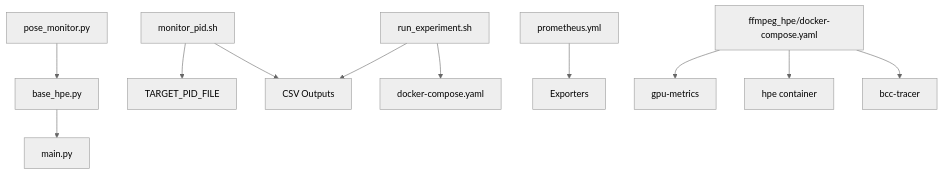
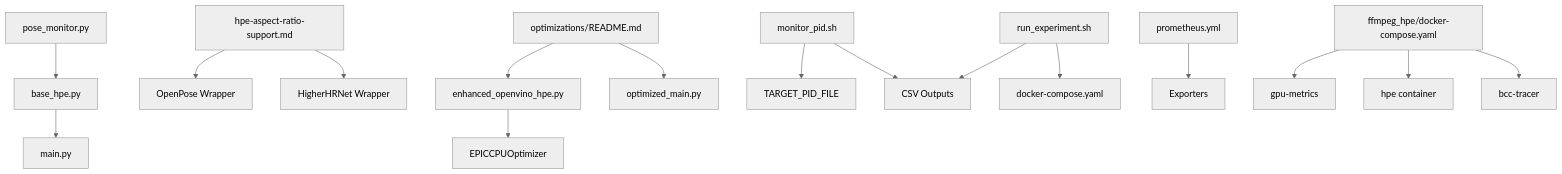
The ninth of 9 diagrams in .qoder/repowiki/en/content/Monitoring and Analytics/Monitoring and Analytics.md (Fogus-Gr/MeasurementsDTs), drawn with Mermaid (neutral theme) before and after one commit. The commit also changed other lines of this file and 10 other files, not shown here.

````diff
--- a/.qoder/repowiki/en/content/Monitoring and Analytics/Monitoring and Analytics.md
+++ b/.qoder/repowiki/en/content/Monitoring and Analytics/Monitoring and Analytics.md
@@ -391,13 +536,18 @@
 ```mermaid
 graph TB
 PM["pose_monitor.py"] --> BH["base_hpe.py"]
 BH --> MF["main.py"]
+AR["hpe-aspect-ratio-support.md"] --> OP["OpenPose Wrapper"]
+AR --> HR["HigherHRNet Wrapper"]
+CPU["optimizations/README.md"] --> EOH["enhanced_openvino_hpe.py"]
+CPU --> OMC["optimized_main.py"]
 MP["monitor_pid.sh"] --> PIDF["TARGET_PID_FILE"]
 MP --> CSV["CSV Outputs"]
 RE["run_experiment.sh"] --> DC["docker-compose.yaml"]
 RE --> CSV
 PR["prometheus.yml"] --> EXP["Exporters"]
 FH["ffmpeg_hpe/docker-compose.yaml"] --> GM["gpu-metrics"]
 FH --> HPE["hpe container"]
 FH --> TR["bcc-tracer"]
+EOH --> EPO["EPICCPUOptimizer"]
 ```
````
